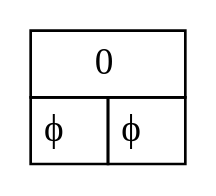
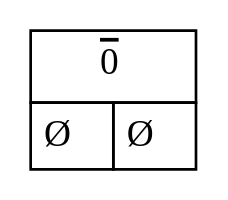
One commit to mroughan/SurrealNumbers.jl changed the diagram in examples/Data/multiplication_ex_1.dot. Above: the diagram before and after it, drawn with Graphviz. The commit also changed 16 other files, not shown here.

Commit message:
update, mainly improved figure

```diff
--- a/examples/Data/multiplication_ex_1.dot
+++ b/examples/Data/multiplication_ex_1.dot
@@ -1,8 +1,8 @@
 digraph "0.0" {
    node_1 [shape=none,margin=0,label=
          <<TABLE BORDER="0" CELLBORDER="1" CELLSPACING="0" CELLPADDING="4">
-         <TR><TD COLSPAN="2">0</TD></TR>
-         <TR><TD PORT="L"> ϕ </TD><TD PORT="R"> ϕ </TD></TR>
+         <TR><TD  CELLPADDING="5pt" COLSPAN="2"><o>0</o></TD></TR>
+         <TR><TD PORT="L"> Ø </TD><TD PORT="R"> Ø </TD></TR>
          </TABLE>>,
          ];
 }
```
